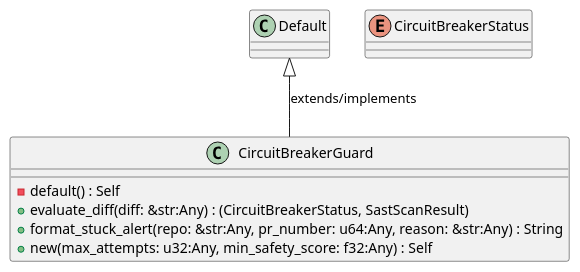
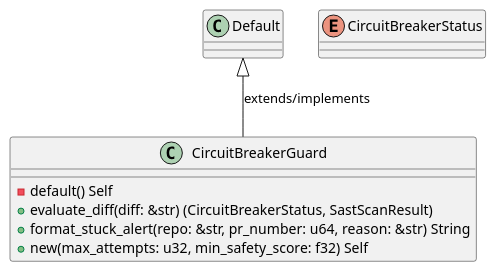
One commit to lgcorzo/rust_CACD_autonomous_factory changed the first of 6 diagrams in openwiki/crates_factory_application_src_workflows_circuit_breaker.md. Above: the diagram before and after it, drawn with PlantUML. The commit also changed other lines of this file and 97 other files, not shown here.

First line of the commit message:
Fix Rust AST parsing for method and function parameters, and update OKF UML frontmatter

````diff
--- a/openwiki/crates_factory_application_src_workflows_circuit_breaker.md
+++ b/openwiki/crates_factory_application_src_workflows_circuit_breaker.md
@@ -154,14 +159,14 @@
 ```plantuml
 @startuml
 class CircuitBreakerGuard {
-    -default() : Self
-    +evaluate_diff(diff: &str:Any) : (CircuitBreakerStatus, SastScanResult)
-    +format_stuck_alert(repo: &str:Any, pr_number: u64:Any, reason: &str:Any) : String
-    +new(max_attempts: u32:Any, min_safety_score: f32:Any) : Self
+    -default() Self
+    +evaluate_diff(diff: &str) (CircuitBreakerStatus, SastScanResult)
+    +format_stuck_alert(repo: &str, pr_number: u64, reason: &str) String
+    +new(max_attempts: u32, min_safety_score: f32) Self
 }
 Default <|-- CircuitBreakerGuard : extends/implements
 enum CircuitBreakerStatus {
 }
 @enduml
 
 ```
````
